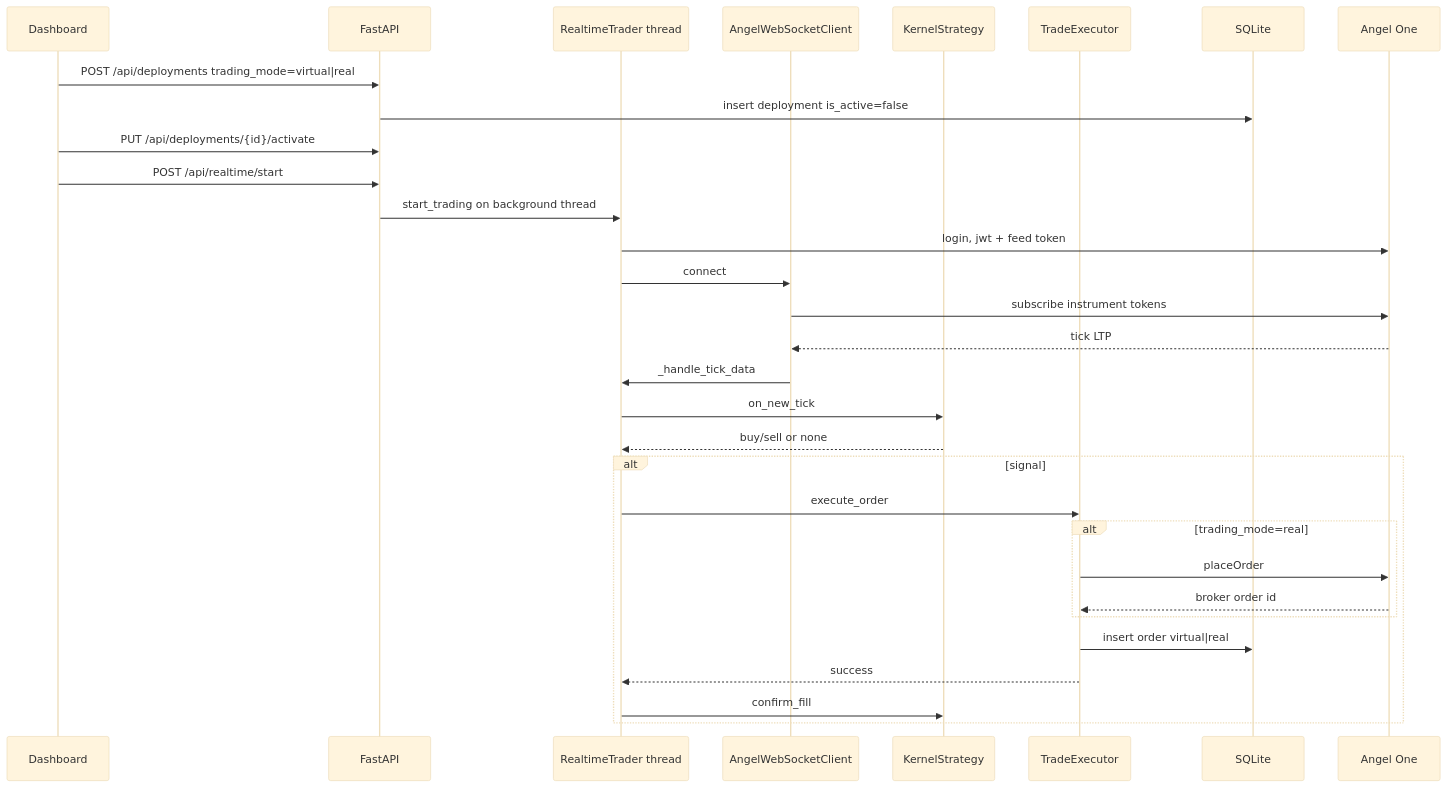
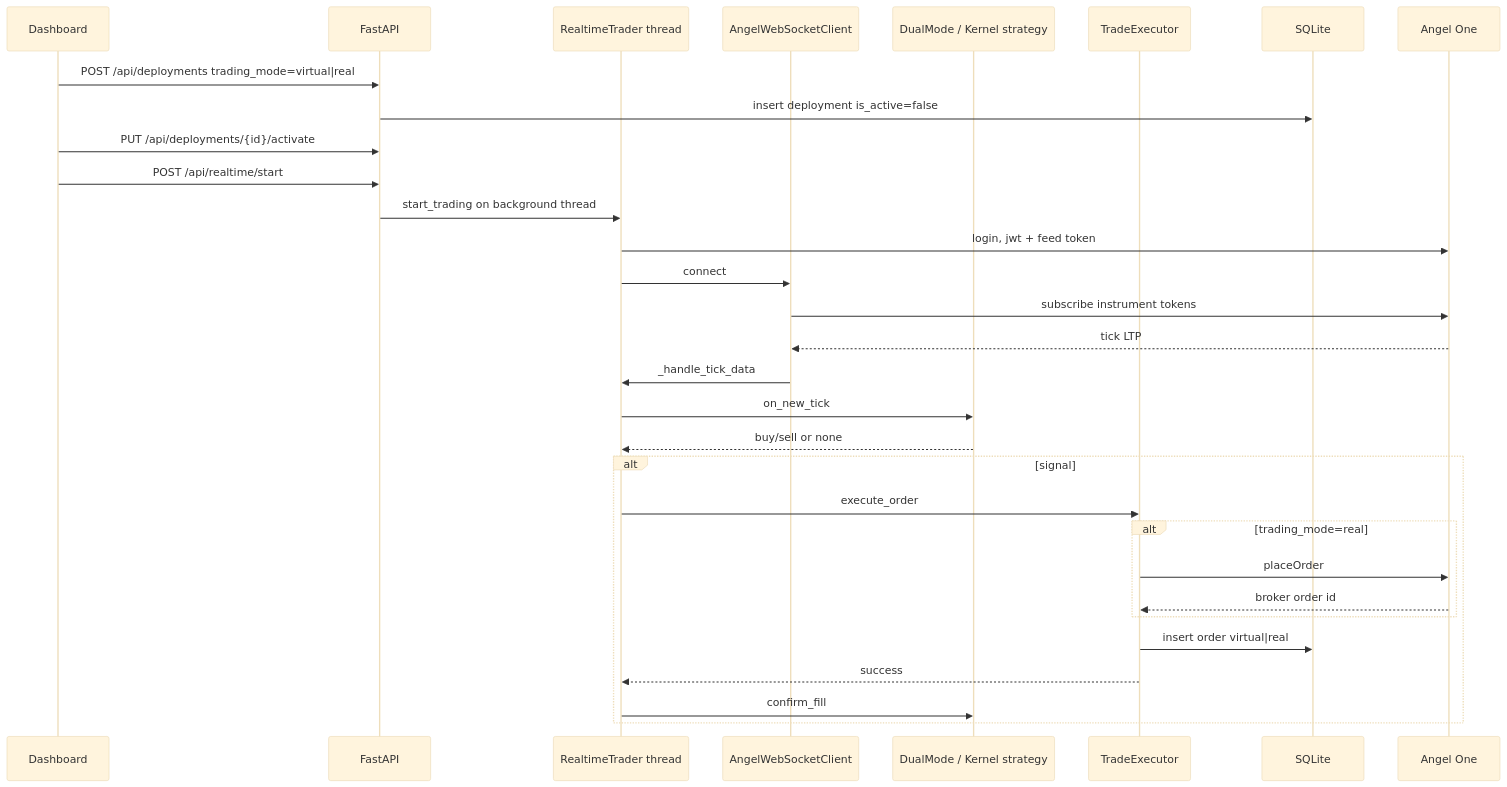
The third of 4 diagrams in README.md (kanchana123/trading_bot), drawn with Mermaid (base theme) before and after one commit. The commit also changed other lines of this file and 24 other files, not shown here.

````diff
--- a/README.md
+++ b/README.md
@@ -122,34 +135,34 @@
 ```mermaid
 sequenceDiagram
   participant U as Dashboard
   participant API as FastAPI
   participant RT as RealtimeTrader thread
   participant WS as AngelWebSocketClient
-  participant S as KernelStrategy
+  participant S as DualMode / Kernel strategy
   participant EX as TradeExecutor
   participant DB as SQLite
   participant B as Angel One
 
   U->>API: POST /api/deployments trading_mode=virtual|real
   API->>DB: insert deployment is_active=false
   U->>API: PUT /api/deployments/{id}/activate
   U->>API: POST /api/realtime/start
   API->>RT: start_trading on background thread
   RT->>B: login, jwt + feed token
   RT->>WS: connect
   WS->>B: subscribe instrument tokens
   B-->>WS: tick LTP
   WS->>RT: _handle_tick_data
   RT->>S: on_new_tick
   S-->>RT: buy/sell or none
   alt signal
     RT->>EX: execute_order
     alt trading_mode=real
       EX->>B: placeOrder
       B-->>EX: broker order id
     end
     EX->>DB: insert order virtual|real
     EX-->>RT: success
     RT->>S: confirm_fill
   end
 ```
````
